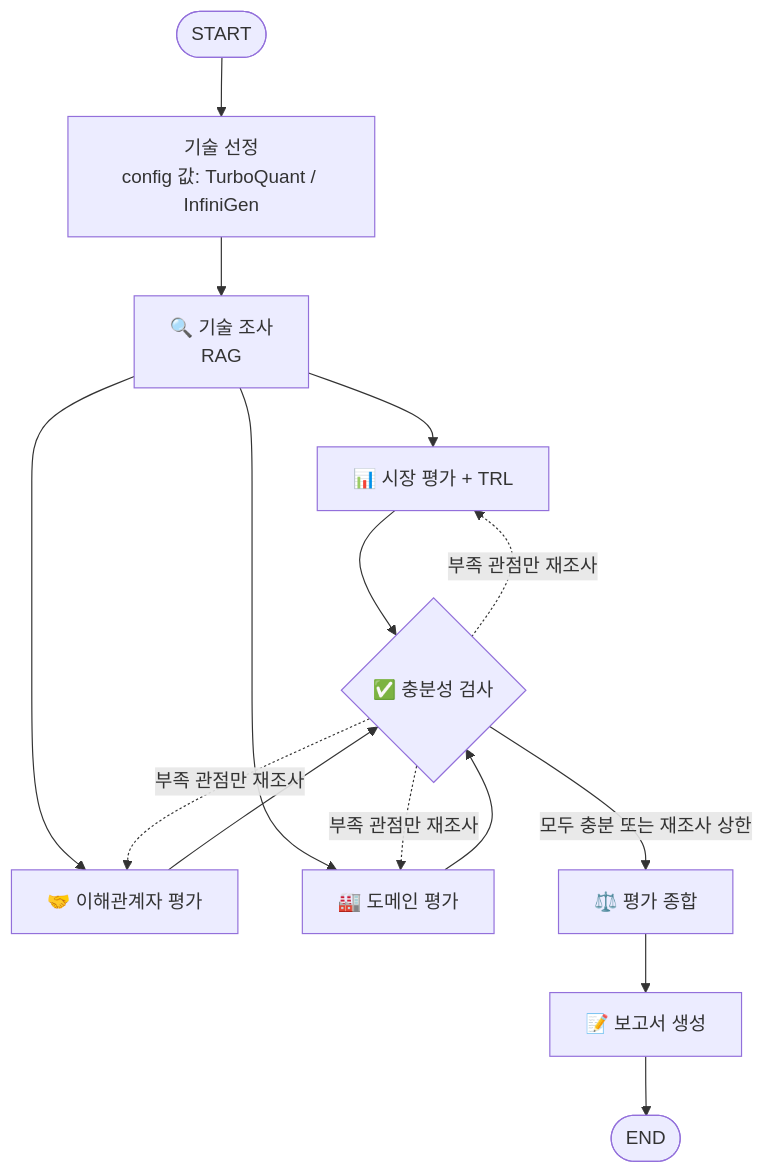
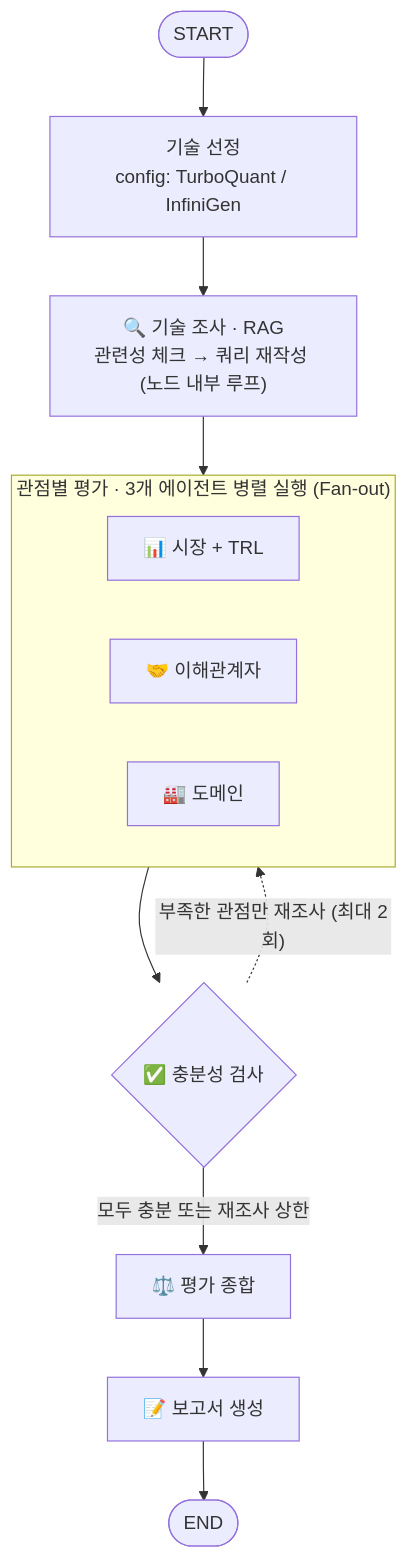
The diagram in README.md (oojoyhh/skala-KV-cache), drawn with Mermaid before and after one commit.

Commit message:
README: Architecture 그래프에서 3개 평가 에이전트를 병렬 단계로 묶어 표시

````diff
--- a/README.md
+++ b/README.md
@@ -60,17 +60,17 @@
 ```mermaid
-graph TD
-    START([START]) --> select[기술 선정<br>config 값: TurboQuant / InfiniGen]
-    select --> research[🔍 기술 조사<br>RAG]
-    research --> market[📊 시장 평가 + TRL]
-    research --> stakeholder[🤝 이해관계자 평가]
-    research --> domain[🏭 도메인 평가]
-    market --> check{✅ 충분성 검사}
-    stakeholder --> check
-    domain --> check
-    check -. 부족 관점만 재조사 .-> market
-    check -. 부족 관점만 재조사 .-> stakeholder
-    check -. 부족 관점만 재조사 .-> domain
-    check -- 모두 충분 또는 재조사 상한 --> synthesis[⚖️ 평가 종합]
-    synthesis --> report[📝 보고서 생성]
+flowchart TD
+    START([START]) --> select["기술 선정<br>config: TurboQuant / InfiniGen"]
+    select --> research["🔍 기술 조사 · RAG<br>관련성 체크 → 쿼리 재작성 (노드 내부 루프)"]
+    research --> EVAL
+    subgraph EVAL["관점별 평가 · 3개 에이전트 병렬 실행 (Fan-out)"]
+        direction LR
+        market["📊 시장 + TRL"]
+        stakeholder["🤝 이해관계자"]
+        domain["🏭 도메인"]
+    end
+    EVAL --> check{"✅ 충분성 검사"}
+    check -. "부족한 관점만 재조사 (최대 2회)" .-> EVAL
+    check -- "모두 충분 또는 재조사 상한" --> synthesis["⚖️ 평가 종합"]
+    synthesis --> report["📝 보고서 생성"]
     report --> END([END])
 ```
````
